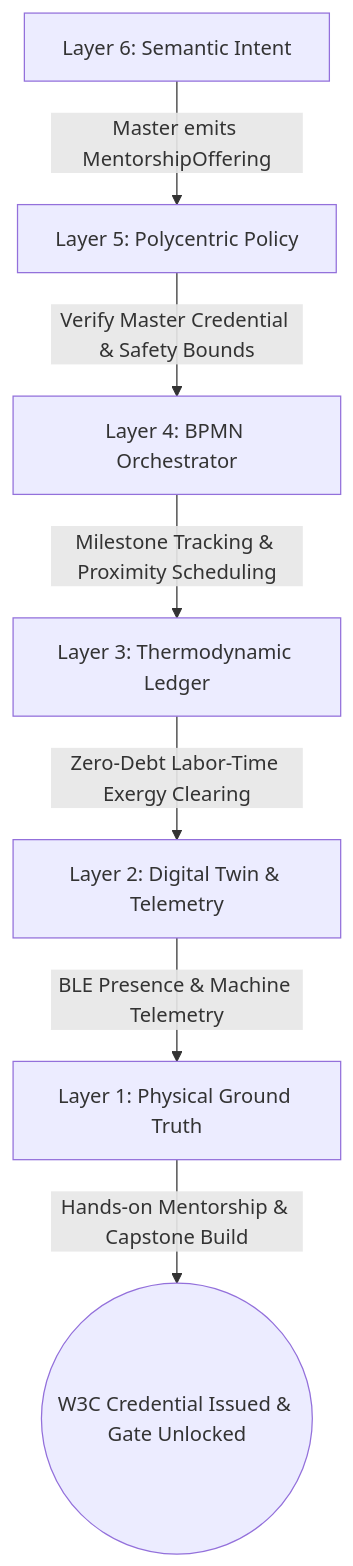
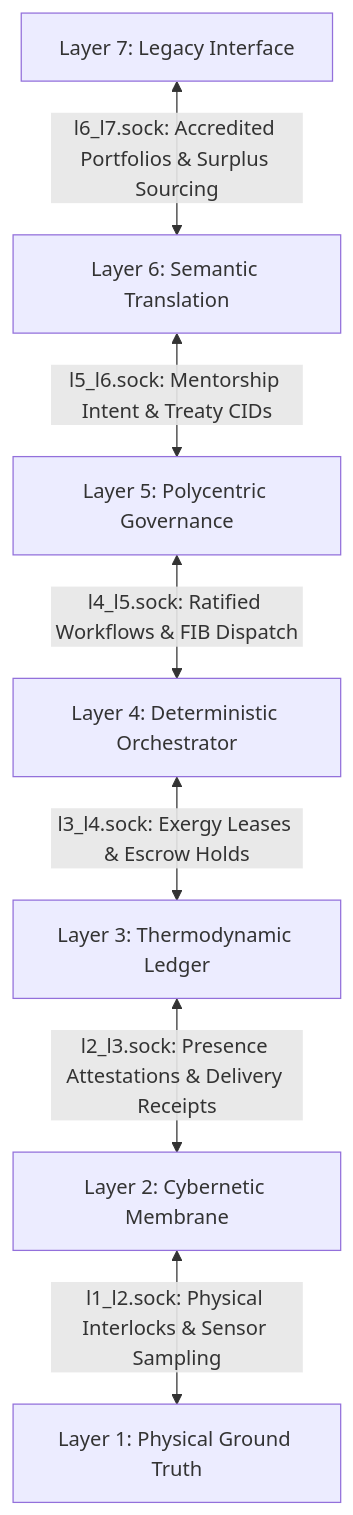
Before and after one commit to raffaine/collective: the first of 4 diagrams in docs/scenarios/kappa_apprenticeship.md, drawn with Mermaid. The commit also changed other lines of this file and 23 other files, not shown here.

````diff
--- a/docs/scenarios/kappa_apprenticeship.md
+++ b/docs/scenarios/kappa_apprenticeship.md
@@ -37,9 +39,9 @@
 ```mermaid
 graph TD
-    L6[Layer 6: Semantic Intent] -->|Master emits MentorshipOffering| L5[Layer 5: Polycentric Policy]
-    L5 -->|Verify Master Credential & Safety Bounds| L4[Layer 4: BPMN Orchestrator]
-    L4 -->|Milestone Tracking & Proximity Scheduling| L3[Layer 3: Thermodynamic Ledger]
-    L3 -->|Zero-Debt Labor-Time Exergy Clearing| L2[Layer 2: Digital Twin & Telemetry]
-    L2 -->|BLE Presence & Machine Telemetry| L1[Layer 1: Physical Ground Truth]
-    L1 -->|Hands-on Mentorship & Capstone Build| End((W3C Credential Issued & Gate Unlocked))
+    L7[Layer 7: Legacy Interface] <-->|l6_l7.sock: Accredited Portfolios & Surplus Sourcing| L6[Layer 6: Semantic Translation]
+    L6 <-->|l5_l6.sock: Mentorship Intent & Treaty CIDs| L5[Layer 5: Polycentric Governance]
+    L5 <-->|l4_l5.sock: Ratified Workflows & FIB Dispatch| L4[Layer 4: Deterministic Orchestrator]
+    L4 <-->|l3_l4.sock: Exergy Leases & Escrow Holds| L3[Layer 3: Thermodynamic Ledger]
+    L3 <-->|l2_l3.sock: Presence Attestations & Delivery Receipts| L2[Layer 2: Cybernetic Membrane]
+    L2 <-->|l1_l2.sock: Physical Interlocks & Sensor Sampling| L1[Layer 1: Physical Ground Truth]
 ```
````
